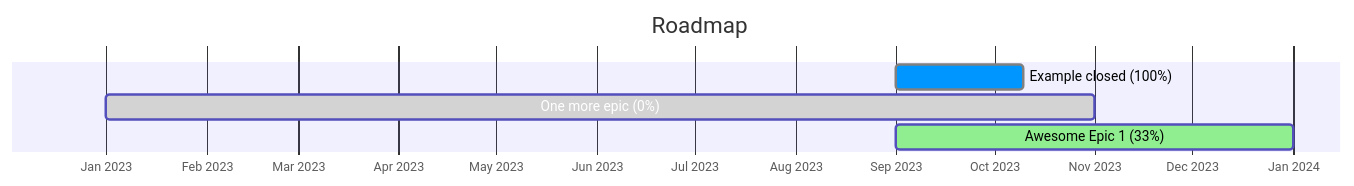
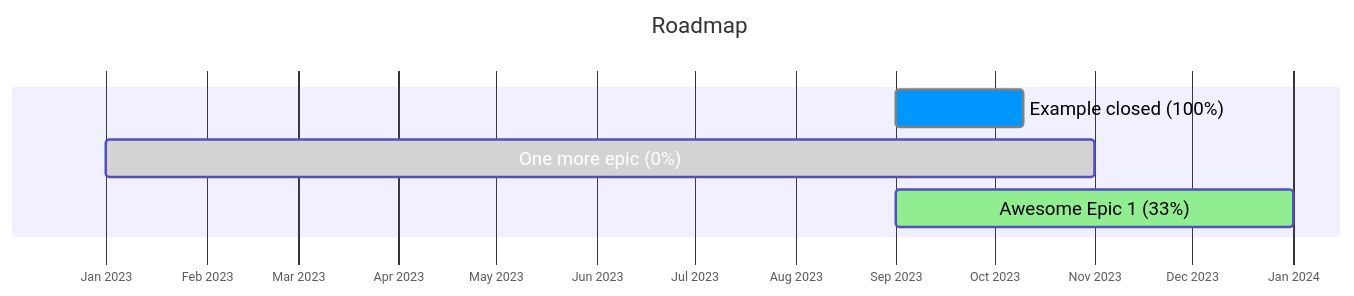
The diagram in README.md (slamdev/sample-repo), drawn with Mermaid before and after one commit.

````diff
--- a/README.md
+++ b/README.md
@@ -4,19 +4,27 @@
 ```mermaid
 %%{
   init: {
+    'gantt': {
+     'fontSize': 15,
+     'barHeight': 30,
+     'barGap': 10,
+     'topPadding': 70,
+     'gridLineStartPadding': 35,
+     'topAxis': false
+    },
     'themeVariables': {
-'activeTaskBkgColor': '#90EE90',
-'doneTaskBkgColor': '#0096FF',
-'taskBkgColor': '#D3D3D3'
+      'activeTaskBkgColor': '#90EE90',
+      'doneTaskBkgColor': '#0096FF',
+      'taskBkgColor': '#D3D3D3'
     }
   }
 }%%
 gantt
     title Roadmap
     dateFormat YYYY-MM-DD
     tickInterval 1month
     axisFormat %b %Y
     Example closed (100%) :done, 2023-09-01, 2023-10-10
     One more epic (0%) : 2023-01-01, 2023-11-01
     Awesome Epic 1 (33%) :active, 2023-09-01, 2024-01-01
 ```
````
